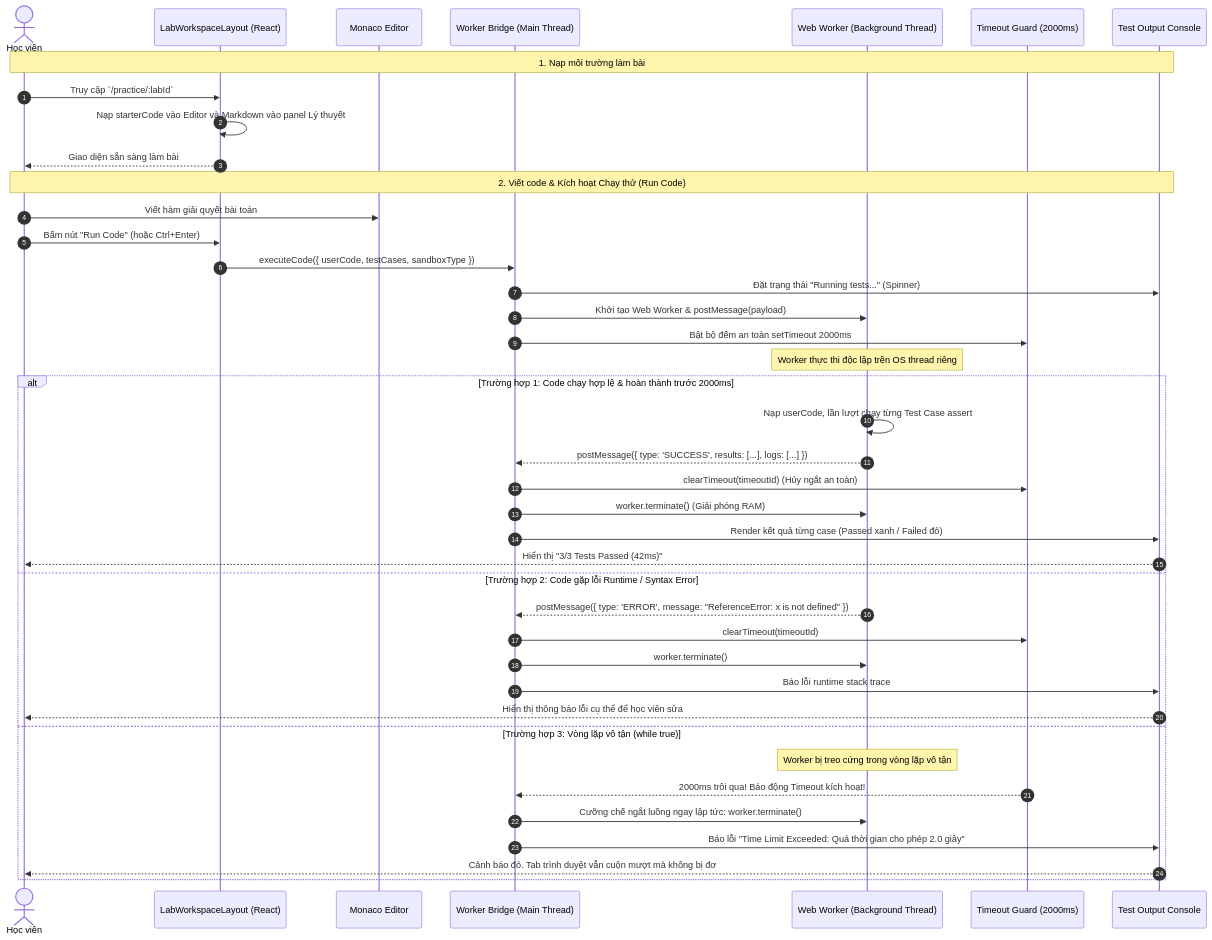
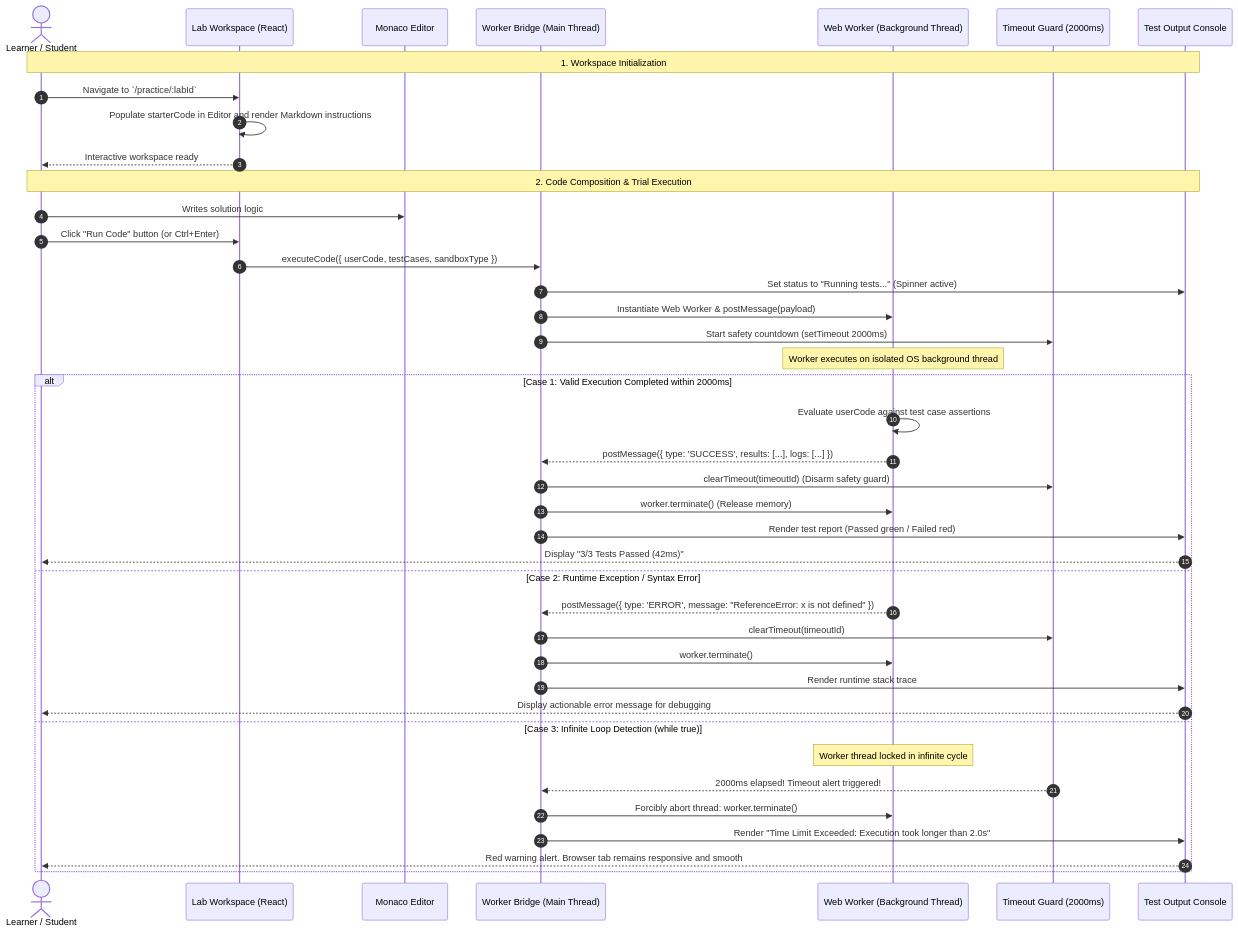
Before and after one commit to NguyenKhanhDuy2703/project_education: the diagram in docs/workflows/03-lab-practice-webworker.md, drawn with Mermaid. The commit also changed other lines of this file and 20 other files, not shown here.

Commit message:
docs(workflows): clean up legacy files, standardize 01-12 sequence, and translate to English

````diff
--- a/docs/workflows/03-lab-practice-webworker.md
+++ b/docs/workflows/03-lab-practice-webworker.md
@@ -62,47 +62,47 @@
 ```mermaid
 sequenceDiagram
     autonumber
-    actor User as Học viên
-    participant UI as LabWorkspaceLayout (React)
+    actor User as Learner / Student
+    participant UI as Lab Workspace (React)
     participant Editor as Monaco Editor
     participant Bridge as Worker Bridge (Main Thread)
     participant Worker as Web Worker (Background Thread)
     participant Guard as Timeout Guard (2000ms)
     participant Console as Test Output Console
 
-    Note over User, Console: 1. Nạp môi trường làm bài
-    User->>UI: Truy cập `/practice/:labId`
-    UI->>UI: Nạp starterCode vào Editor và Markdown vào panel Lý thuyết
-    UI-->>User: Giao diện sẵn sàng làm bài
+    Note over User, Console: 1. Workspace Initialization
+    User->>UI: Navigate to `/practice/:labId`
+    UI->>UI: Populate starterCode in Editor and render Markdown instructions
+    UI-->>User: Interactive workspace ready
+    
+    Note over User, Console: 2. Code Composition & Trial Execution
+    User->>Editor: Writes solution logic
+    User->>UI: Click "Run Code" button (or Ctrl+Enter)
+    UI->>Bridge: executeCode({ userCode, testCases, sandboxType })
+    Bridge->>Console: Set status to "Running tests..." (Spinner active)
+    Bridge->>Worker: Instantiate Web Worker & postMessage(payload)
+    Bridge->>Guard: Start safety countdown (setTimeout 2000ms)
 
-    Note over User, Console: 2. Viết code & Kích hoạt Chạy thử (Run Code)
-    User->>Editor: Viết hàm giải quyết bài toán
-    User->>UI: Bấm nút "Run Code" (hoặc Ctrl+Enter)
-    UI->>Bridge: executeCode({ userCode, testCases, sandboxType })
-    Bridge->>Console: Đặt trạng thái "Running tests..." (Spinner)
-    Bridge->>Worker: Khởi tạo Web Worker & postMessage(payload)
-    Bridge->>Guard: Bật bộ đếm an toàn setTimeout 2000ms
+    Note over Worker: Worker executes on isolated OS background thread
 
-    Note over Worker: Worker thực thi độc lập trên OS thread riêng
-
-    alt Trường hợp 1: Code chạy hợp lệ & hoàn thành trước 2000ms
-        Worker->>Worker: Nạp userCode, lần lượt chạy từng Test Case assert
+    alt Case 1: Valid Execution Completed within 2000ms
+        Worker->>Worker: Evaluate userCode against test case assertions
         Worker-->>Bridge: postMessage({ type: 'SUCCESS', results: [...], logs: [...] })
-        Bridge->>Guard: clearTimeout(timeoutId) (Hủy ngắt an toàn)
-        Bridge->>Worker: worker.terminate() (Giải phóng RAM)
-        Bridge->>Console: Render kết quả từng case (Passed xanh / Failed đỏ)
-        Console-->>User: Hiển thị "3/3 Tests Passed (42ms)"
-    else Trường hợp 2: Code gặp lỗi Runtime / Syntax Error
+        Bridge->>Guard: clearTimeout(timeoutId) (Disarm safety guard)
+        Bridge->>Worker: worker.terminate() (Release memory)
+        Bridge->>Console: Render test report (Passed green / Failed red)
+        Console-->>User: Display "3/3 Tests Passed (42ms)"
+    else Case 2: Runtime Exception / Syntax Error
         Worker-->>Bridge: postMessage({ type: 'ERROR', message: "ReferenceError: x is not defined" })
         Bridge->>Guard: clearTimeout(timeoutId)
         Bridge->>Worker: worker.terminate()
-        Bridge->>Console: Báo lỗi runtime stack trace
-        Console-->>User: Hiển thị thông báo lỗi cụ thể để học viên sửa
-    else Trường hợp 3: Vòng lặp vô tận (while true)
-        Note over Worker: Worker bị treo cứng trong vòng lặp vô tận
-        Guard-->>Bridge: 2000ms trôi qua! Báo động Timeout kích hoạt!
-        Bridge->>Worker: Cưỡng chế ngắt luồng ngay lập tức: worker.terminate()
-        Bridge->>Console: Báo lỗi "Time Limit Exceeded: Quá thời gian cho phép 2.0 giây"
-        Console-->>User: Cảnh báo đỏ. Tab trình duyệt vẫn cuộn mượt mà không bị đơ
+        Bridge->>Console: Render runtime stack trace
+        Console-->>User: Display actionable error message for debugging
+    else Case 3: Infinite Loop Detection (while true)
+        Note over Worker: Worker thread locked in infinite cycle
+        Guard-->>Bridge: 2000ms elapsed! Timeout alert triggered!
+        Bridge->>Worker: Forcibly abort thread: worker.terminate()
+        Bridge->>Console: Render "Time Limit Exceeded: Execution took longer than 2.0s"
+        Console-->>User: Red warning alert. Browser tab remains responsive and smooth
     end
 ```
````
